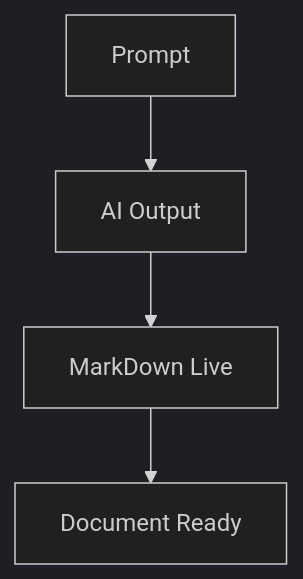
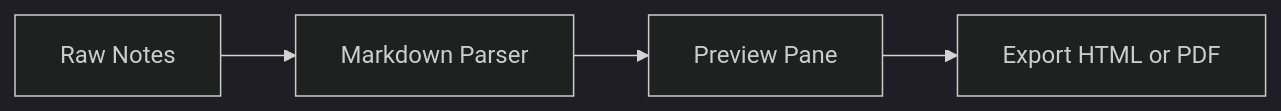
Before and after one commit to wanforge/markdown-live: the first of 2 diagrams in public/sample.md, drawn with Mermaid (dark theme). The commit also changed other lines of this file, not shown here.

Commit message:
feat: enhance sample markdown file with comprehensive sections and improved formatting

````diff
--- a/public/sample.md
+++ b/public/sample.md
@@ -32,6 +114,6 @@
 ```mermaid
-flowchart TD
-    A[Prompt] --> B[AI Output]
-    B --> C[MarkDown Live]
-    C --> D[Document Ready]
+flowchart LR
+        A[Raw Notes] --> B[Markdown Parser]
+        B --> C[Preview Pane]
+        C --> D[Export HTML or PDF]
 ```
````
